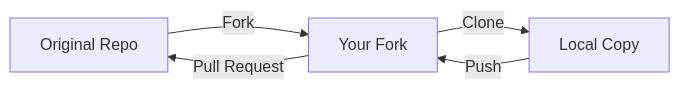
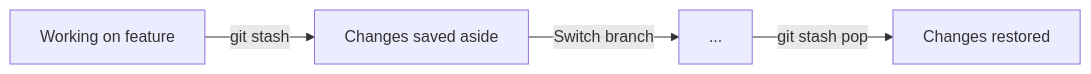
Before and after one commit to 0xkirxn/dev-notes: the fifth of 5 diagrams in git/Git.md, drawn with Mermaid. The commit also changed other lines of this file and 1 other file, not shown here.

Commit message:
docs: add Git and GitHub cheat sheet notes

````diff
--- a/git/Git.md
+++ b/git/Git.md
@@ -270,7 +406,6 @@
 ```mermaid
-flowchart LR
-    A[Original Repo] -->|Fork| B[Your Fork]
-    B -->|Clone| C[Local Copy]
-    C -->|Push| B
-    B -->|Pull Request| A
+graph LR
+    A[Working on feature] -->|git stash| B[Changes saved aside]
+    B -->|Switch branch| C[...]
+    C -->|git stash pop| D[Changes restored]
 ```
````
